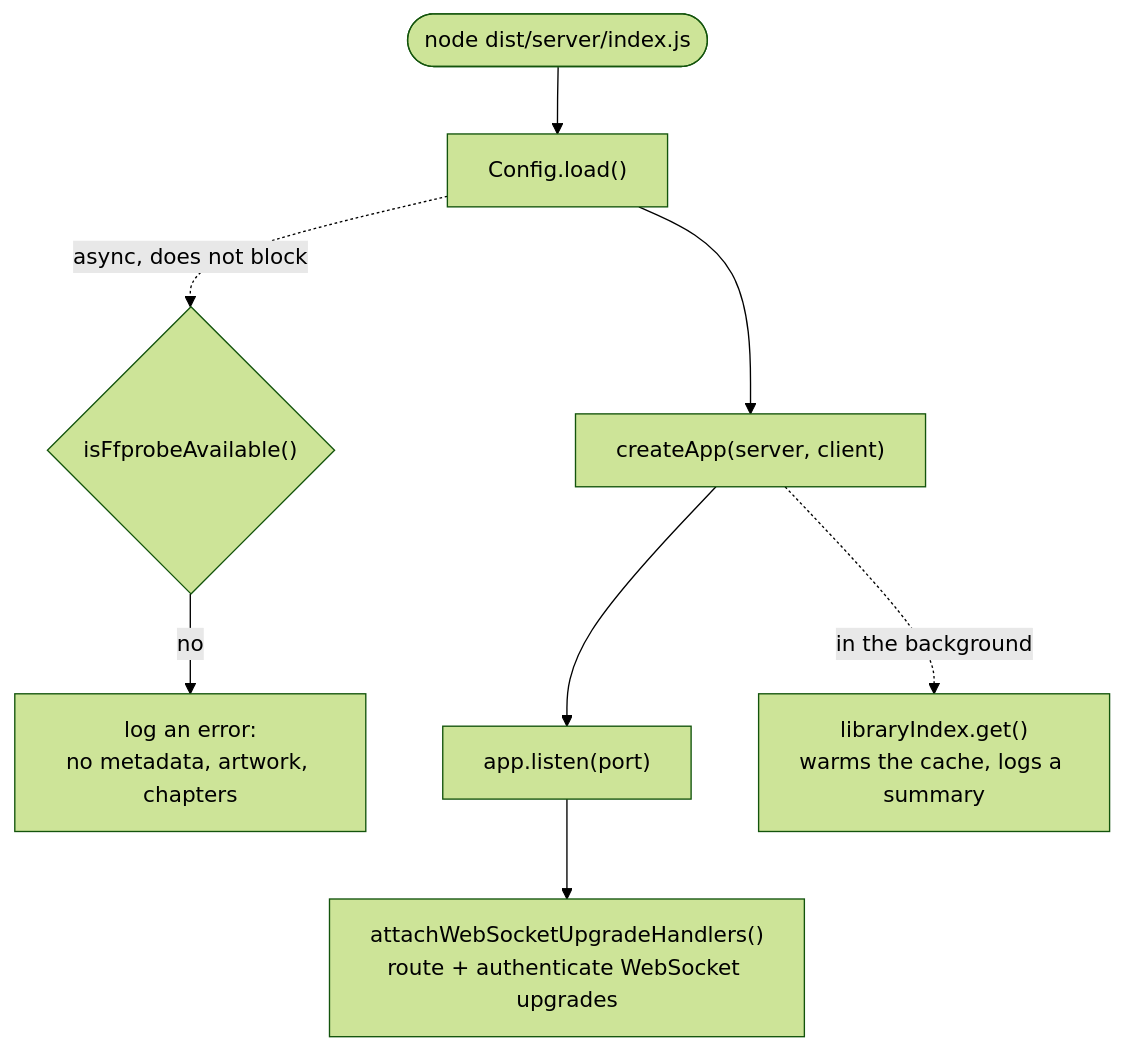
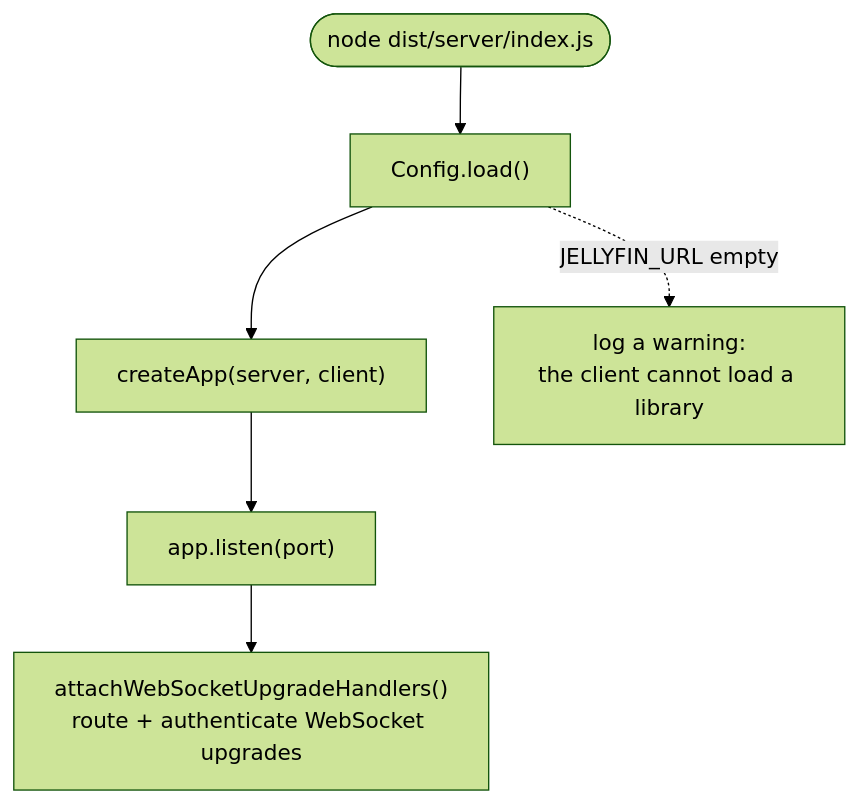
The first of 4 diagrams in docs/developer/server.md (lumbar-spine-support/docker-haptic-player), drawn with Mermaid (forest theme) before and after one commit. The commit also changed other lines of this file and 16 other files, not shown here.

First line of the commit message:
docs: describe the Jellyfin-backed architecture

````diff
--- a/docs/developer/server.md
+++ b/docs/developer/server.md
@@ -14,10 +14,8 @@
 ```mermaid
 flowchart TD
   Start(["node dist/server/index.js"]) --> Load["Config.load()"]
   Load --> Create["createApp(server, client)"]
-  Load -. "async, does not block" .-> Probe{"isFfprobeAvailable()"}
-  Probe -- no --> Warn["log an error:<br/>no metadata, artwork, chapters"]
+  Load -. "JELLYFIN_URL empty" .-> Warn["log a warning:<br/>the client cannot load a library"]
   Create --> Listen["app.listen(port)"]
   Listen --> Upgrade["attachWebSocketUpgradeHandlers()<br/>route + authenticate WebSocket upgrades"]
-  Create -. "in the background" .-> Warm["libraryIndex.get()<br/>warms the cache, logs a summary"]
 ```
````
